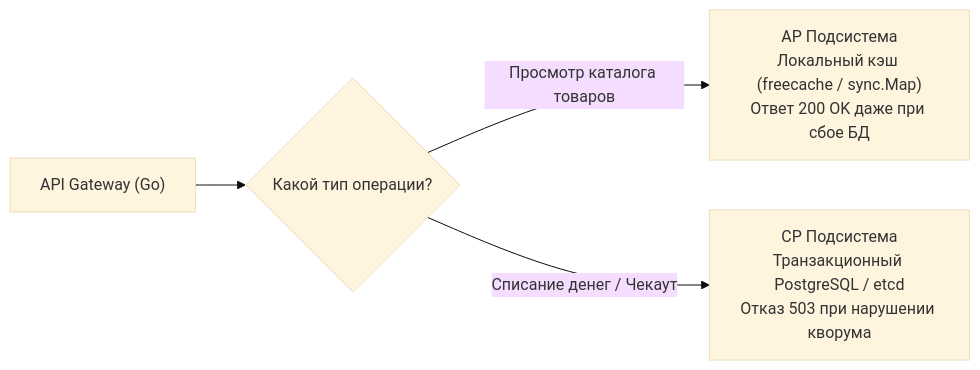
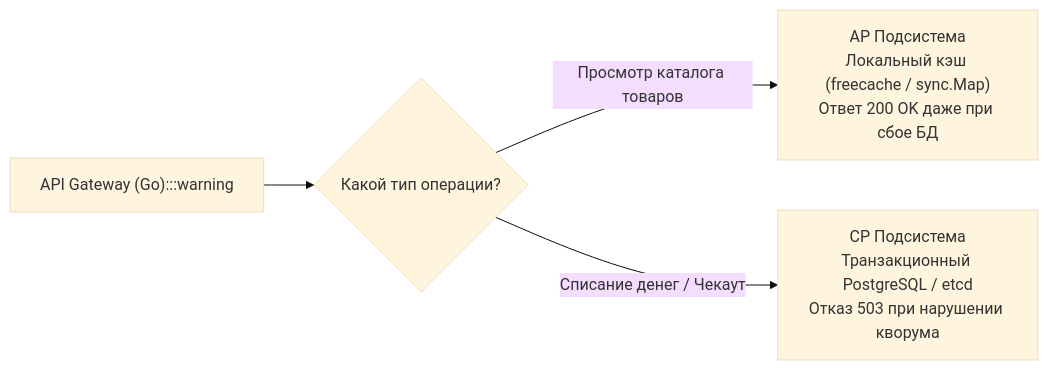
The fourth of 4 diagrams in sources/14. Распределенные системы на Go/01. Основы/7. CAP теорема на практике.md (UnrealTemplier/go-textbook), drawn with Mermaid (base theme) before and after one commit. The commit also changed other lines of this file and 1666 other files, not shown here.

First line of the commit message:
feat(mermaid): add semantic color classDef to 1369 colorless flowchart/graph diagrams

````diff
--- a/sources/14. Распределенные системы на Go/01. Основы/7. CAP теорема на практике.md
+++ b/sources/14. Распределенные системы на Go/01. Основы/7. CAP теорема на практике.md
@@ -172,8 +202,18 @@
 ```mermaid
 flowchart LR
-    Ingress["API Gateway (Go)"] --> Route{"Какой тип операции?"}
+    classDef process  fill:#1e293b,stroke:#38bdf8,stroke-width:1px,color:#f8fafc
+    classDef success  fill:#064e3b,stroke:#34d399,stroke-width:1px,color:#f8fafc
+    classDef error    fill:#7f1d1d,stroke:#f87171,stroke-width:1px,color:#f8fafc
+    classDef warning  fill:#78350f,stroke:#fbbf24,stroke-width:1px,color:#f8fafc
+    classDef entry    fill:#1e3a5f,stroke:#38bdf8,stroke-width:2px,color:#f8fafc
+    classDef aux      fill:#334155,stroke:#64748b,stroke-width:1px,color:#f8fafc
+    classDef system   fill:#312e81,stroke:#a78bfa,stroke-width:1px,color:#f8fafc
+    classDef data     fill:#132d29,stroke:#2dd4bf,stroke-width:1px,color:#f8fafc
+    classDef network  fill:#881337,stroke:#fb7185,stroke-width:1px,color:#f8fafc
+    classDef accent   fill:#1e1b4b,stroke:#818cf8,stroke-width:1px,color:#f8fafc
+    Ingress["API Gateway (Go):::warning"] --> Route{"Какой тип операции?"}
     
     Route -->|"Просмотр каталога товаров"| AP["AP Подсистема<br>Локальный кэш (freecache / sync.Map)<br>Ответ 200 OK даже при сбое БД"]
     
     Route -->|"Списание денег / Чекаут"| CP["CP Подсистема<br>Транзакционный PostgreSQL / etcd<br>Отказ 503 при нарушении кворума"]
 ```
````
